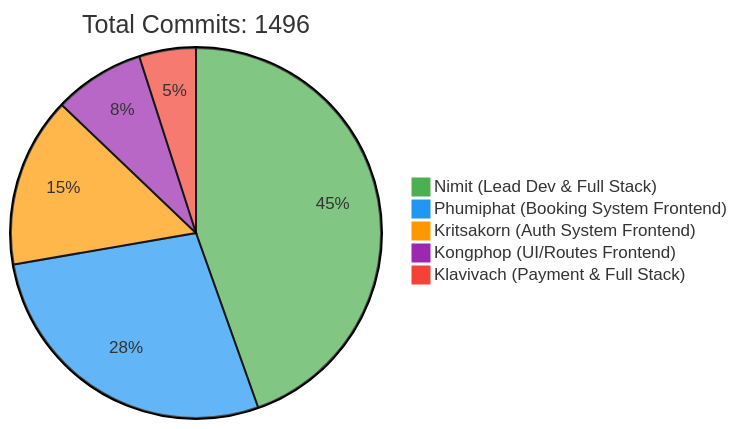
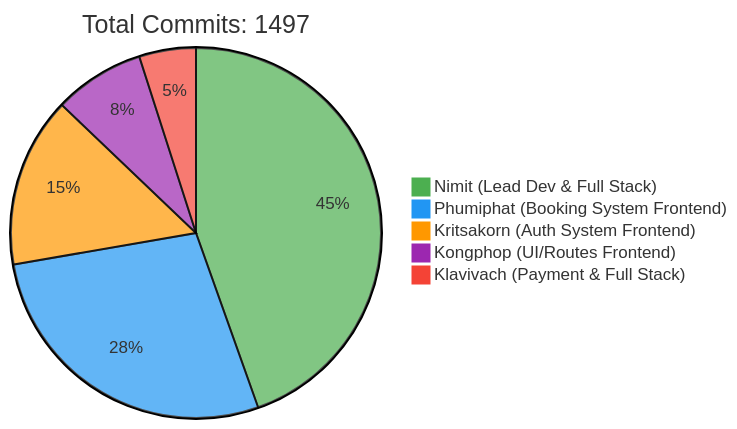
Before and after one commit to 6531503042/Sport-Complex: the first of 2 diagrams in README.md, drawn with Mermaid. The commit also changed other lines of this file, not shown here.

Commit message:
docs: Update contributor statistics [skip ci]

````diff
--- a/README.md
+++ b/README.md
@@ -257,10 +257,10 @@
 ```mermaid
 %%{init: {'theme': 'base', 'themeVariables': { 'pie1': '#4CAF50', 'pie2': '#2196F3', 'pie3': '#FF9800', 'pie4': '#9C27B0', 'pie5': '#F44336'}}}%%
 pie
-    title Total Commits: 1496
+    title Total Commits: 1497
     "Nimit (Lead Dev & Full Stack)" : 450
     "Phumiphat (Booking System Frontend)" : 280
     "Kritsakorn (Auth System Frontend)" : 150
     "Kongphop (UI/Routes Frontend)" : 80
     "Klavivach (Payment & Full Stack)" : 50
 ```
````
